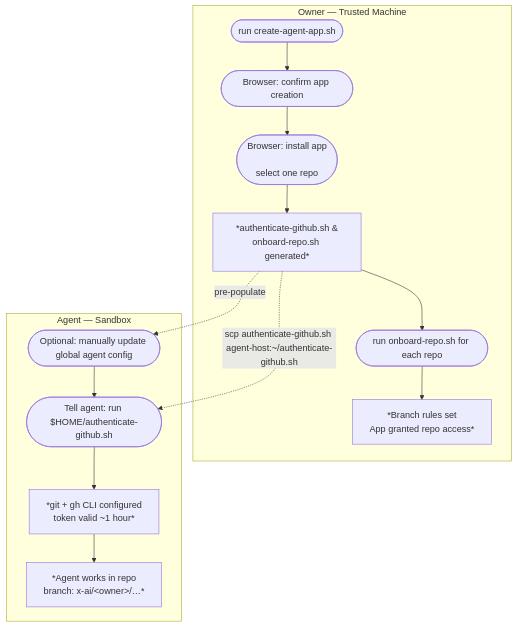
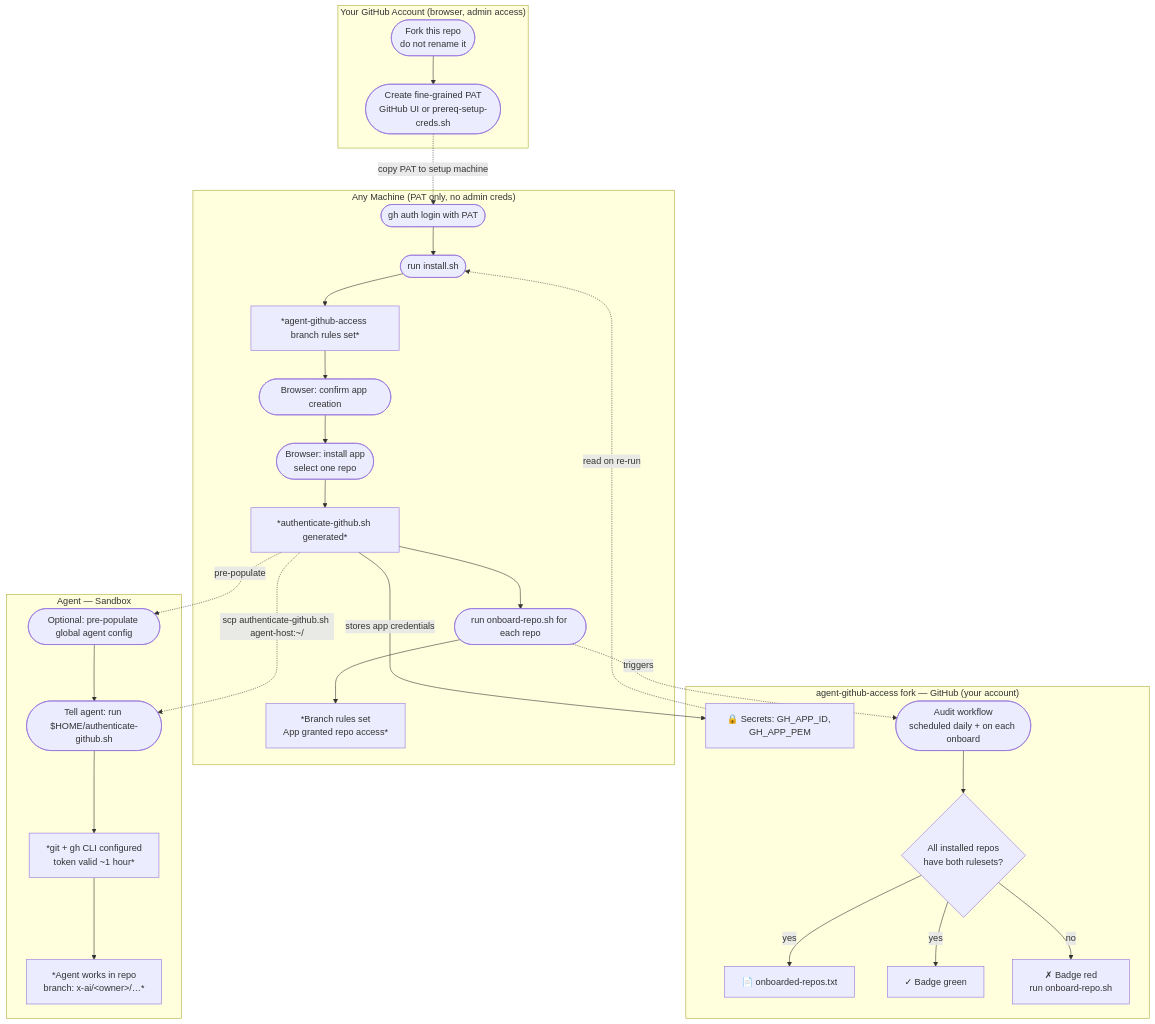
Before and after one commit to ardentperf/stewart-copeland-ai-police: the diagram in README.md, drawn with Mermaid. The commit also changed other lines of this file and 10 other files, not shown here.

First line of the commit message:
Redesign: install.sh, static onboard-repo.sh, audit, cleanup, and tests (#2)

````diff
--- a/README.md
+++ b/README.md
@@ -15,26 +20,50 @@
 ```mermaid
 flowchart TD
-    subgraph setup["Owner — Trusted Machine"]
-        A(["run create-agent-app.sh"]) --> B(["Browser: confirm app creation"])
-        B --> C(["Browser: install app
+    subgraph admin["Your GitHub Account (browser, admin access)"]
+        F(["Fork this repo
+do not rename it"]) --> P
+        P(["Create fine-grained PAT
+GitHub UI or prereq-setup-creds.sh"])
+    end
 
+    subgraph fork["agent-github-access fork — GitHub (your account)"]
+        SEC["🔒 Secrets: GH_APP_ID, GH_APP_PEM"]
+        INV["📄 onboarded-repos.txt"]
+        AU(["Audit workflow
+scheduled daily + on each onboard"])
+        AU --> AUC{"All installed repos
+have both rulesets?"}
+        AUC -->|"yes"| AUP["✓ Badge green"]
+        AUC -->|"no"| AUF["✗ Badge red
+run onboard-repo.sh"]
+        AUC -->|"yes"| INV
+    end
+
+    subgraph setup["Any Machine (PAT only, no admin creds)"]
+        A(["gh auth login with PAT"]) --> B(["run install.sh"])
+        B --> BF["*agent-github-access branch rules set*"]
+        BF --> C(["Browser: confirm app creation"])
+        C --> D(["Browser: install app
 select one repo"])
-        C --> D["*authenticate-github.sh &
-onboard-repo.sh generated*"]
-        D --> E(["run onboard-repo.sh for each repo"])
-        E --> H["*Branch rules set
+        D --> E["*authenticate-github.sh generated*"]
+        E --> R(["run onboard-repo.sh for each repo"])
+        R --> H["*Branch rules set
 App granted repo access*"]
     end
 
     subgraph agent["Agent — Sandbox"]
-        G(["Optional: manually update global agent config"])
+        G(["Optional: pre-populate global agent config"])
         G --> I(["Tell agent: run $HOME/authenticate-github.sh"])
         I --> J["*git + gh CLI configured
 token valid ~1 hour*"]
         J --> K["*Agent works in repo
 branch: x-ai/&lt;owner&gt;/…*"]
     end
 
-    D -.->|"scp authenticate-github.sh agent-host:~/authenticate-github.sh"| I
-    D -.->|"pre-populate"| G
+    P -.->|"copy PAT to setup machine"| A
+    E -->|"stores app credentials"| SEC
+    SEC -.->|"read on re-run"| B
+    E -.->|"scp authenticate-github.sh agent-host:~/"| I
+    E -.->|"pre-populate"| G
+    R -.->|"triggers"| AU
 ```
````
